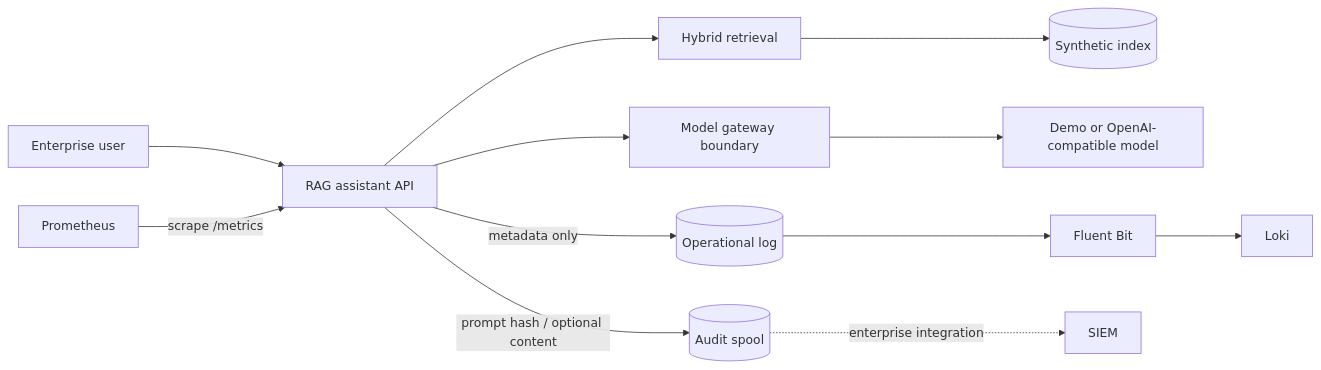
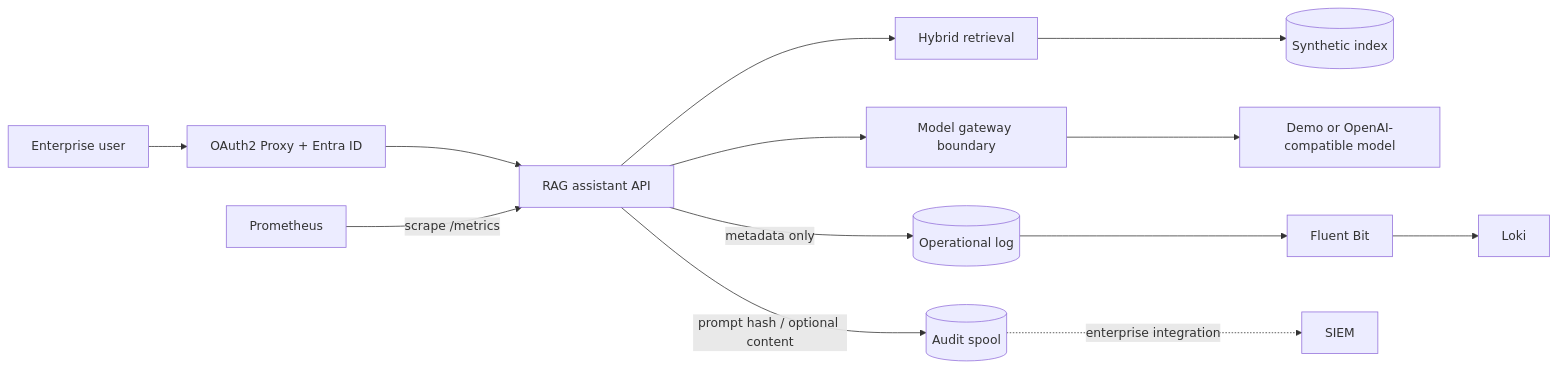
The diagram in README.md (GoshaMareev/secure-llm-platform-reference), drawn with Mermaid before and after one commit. The commit also changed other lines of this file and 15 other files, not shown here.

Commit message:
Add Entra auth and production hardening controls

````diff
--- a/README.md
+++ b/README.md
@@ -21,17 +22,18 @@
 ```mermaid
 flowchart LR
-    U[Enterprise user] --> API[RAG assistant API]
+    U[Enterprise user] --> AUTH[OAuth2 Proxy + Entra ID]
+    AUTH --> API[RAG assistant API]
     API --> R[Hybrid retrieval]
     R --> IDX[(Synthetic index)]
     API --> G[Model gateway boundary]
     G --> M[Demo or OpenAI-compatible model]
 
     API -- metadata only --> OP[(Operational log)]
     OP --> FB[Fluent Bit]
     FB --> L[Loki]
 
     API -- prompt hash / optional content --> AU[(Audit spool)]
     AU -. enterprise integration .-> SIEM[SIEM]
 
     P[Prometheus] -->|scrape /metrics| API
 ```
````
